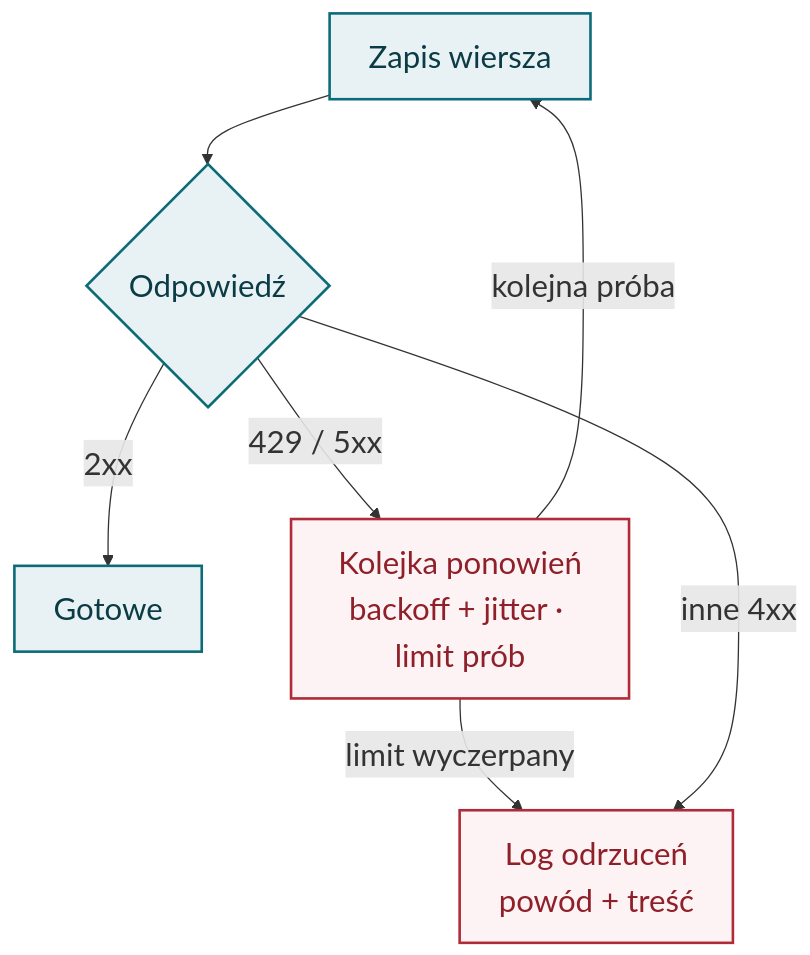
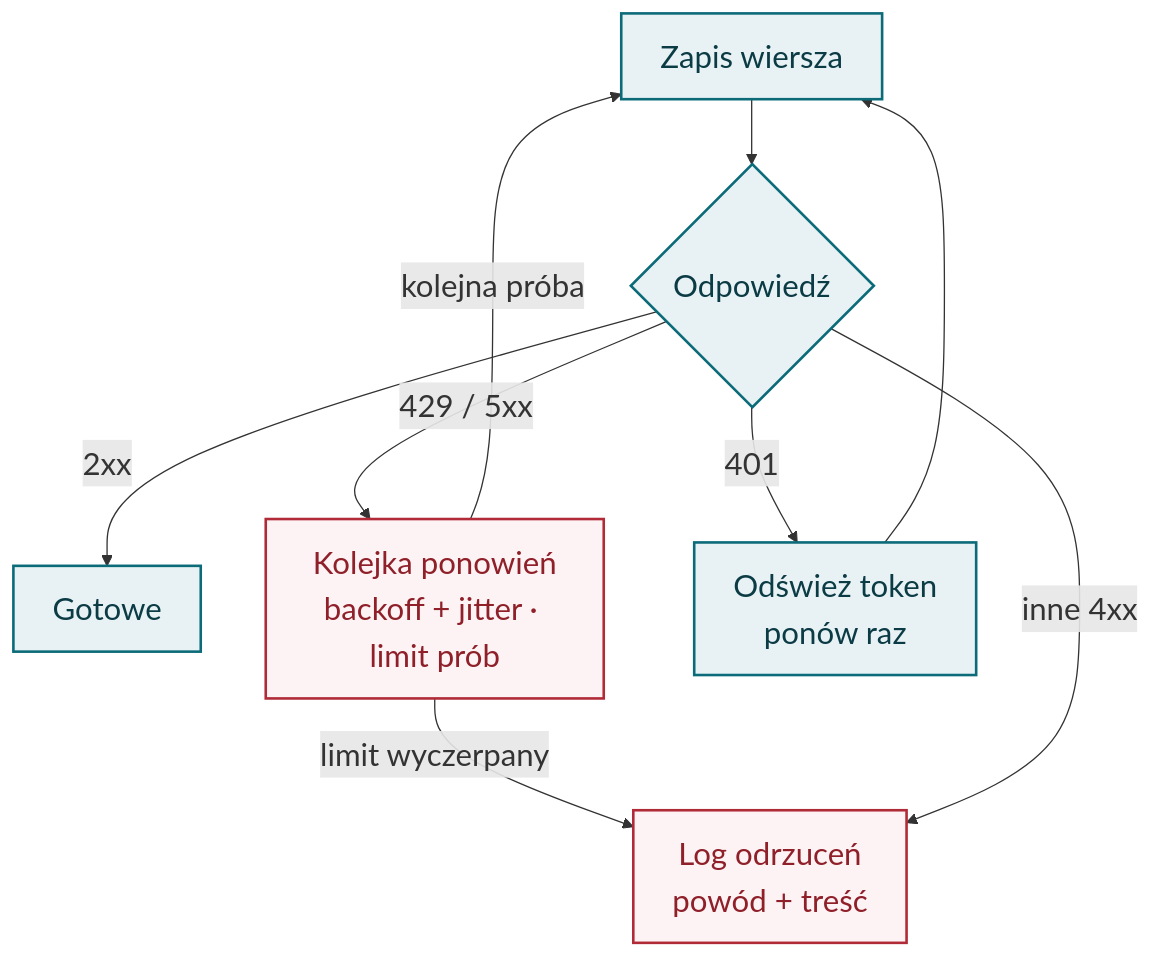
Before and after one commit to moondec/iot_lectures: the third of 3 diagrams in slides/05-brzeg-node-red-sheets.qmd, drawn with Mermaid. The commit also changed other lines of this file and 83 other files, not shown here.

First line of the commit message:
Fact-check lectures 01-07 and add photo and chart variety

````diff
--- a/slides/05-brzeg-node-red-sheets.qmd
+++ b/slides/05-brzeg-node-red-sheets.qmd
@@ -249,16 +263,19 @@
 ```{mermaid}
 %%| fig-width: 6.7
 %%| fig-height: 4.3
 %%{init: {"themeVariables": {"fontSize": "24px"}}}%%
 flowchart TD
     Z["Zapis wiersza"] --> R{"Odpowiedź"}
     R -- "2xx" --> OK["Gotowe"]
     R -- "429 / 5xx" --> B["Kolejka ponowień<br>backoff + jitter · limit prób"]
     B -- "kolejna próba" --> Z
     B -- "limit wyczerpany" --> L["Log odrzuceń<br>powód + treść"]
+    R -- "401" --> T["Odśwież token<br>ponów raz"]
+    T --> Z
     R -- "inne 4xx" --> L
     classDef n fill:#e8f2f4,stroke:#0b6b78,stroke-width:2px,color:#0b3b45
     classDef r fill:#fdf3f4,stroke:#b02a37,stroke-width:2px,color:#8f2029
     class Z,R,OK n
     class B,L r
+    class T n
 ```
````
